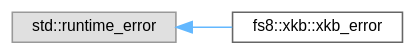
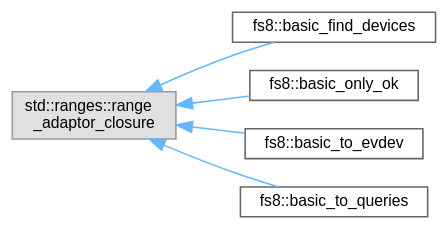
The diagram in api/inherit_graph_129.dot (the-moisrex/foresight), drawn with Graphviz before and after one commit. The commit also changed 160 other files, not shown here.

```diff
--- a/api/inherit_graph_129.dot
+++ b/api/inherit_graph_129.dot
@@ -1,11 +1,17 @@
 digraph "Graphical Class Hierarchy"
 {
  // LATEX_PDF_SIZE
   bgcolor="transparent";
   edge [fontname=Helvetica,fontsize=10,labelfontname=Helvetica,labelfontsize=10];
   node [fontname=Helvetica,fontsize=10,shape=box,height=0.2,width=0.4];
   rankdir="LR";
-  Node0 [id="Node000000",label="std::runtime_error",height=0.2,width=0.4,color="grey60", fillcolor="#E0E0E0", style="filled",tooltip=" "];
-  Node0 -> Node1 [id="edge103_Node000000_Node000001",dir="back",color="steelblue1",style="solid",tooltip=" "];
-  Node1 [id="Node000001",label="fs8::xkb::xkb_error",height=0.2,width=0.4,color="grey40", fillcolor="white", style="filled",URL="$structfs8_1_1xkb_1_1xkb__error.html",tooltip="Exception type."];
+  Node0 [id="Node000000",label="std::ranges::range\l_adaptor_closure",height=0.2,width=0.4,color="grey60", fillcolor="#E0E0E0", style="filled",tooltip=" "];
+  Node0 -> Node1 [id="edge99_Node000000_Node000001",dir="back",color="steelblue1",style="solid",tooltip=" "];
+  Node1 [id="Node000001",label="fs8::basic_find_devices",height=0.2,width=0.4,color="grey40", fillcolor="white", style="filled",URL="$structfs8_1_1basic__find__devices.html",tooltip=" "];
+  Node0 -> Node2 [id="edge100_Node000000_Node000002",dir="back",color="steelblue1",style="solid",tooltip=" "];
+  Node2 [id="Node000002",label="fs8::basic_only_ok",height=0.2,width=0.4,color="grey40", fillcolor="white", style="filled",URL="$structfs8_1_1basic__only__ok.html",tooltip=" "];
+  Node0 -> Node3 [id="edge101_Node000000_Node000003",dir="back",color="steelblue1",style="solid",tooltip=" "];
+  Node3 [id="Node000003",label="fs8::basic_to_evdev",height=0.2,width=0.4,color="grey40", fillcolor="white", style="filled",URL="$structfs8_1_1basic__to__evdev.html",tooltip=" "];
+  Node0 -> Node4 [id="edge102_Node000000_Node000004",dir="back",color="steelblue1",style="solid",tooltip=" "];
+  Node4 [id="Node000004",label="fs8::basic_to_queries",height=0.2,width=0.4,color="grey40", fillcolor="white", style="filled",URL="$structfs8_1_1basic__to__queries.html",tooltip=" "];
 }
```
